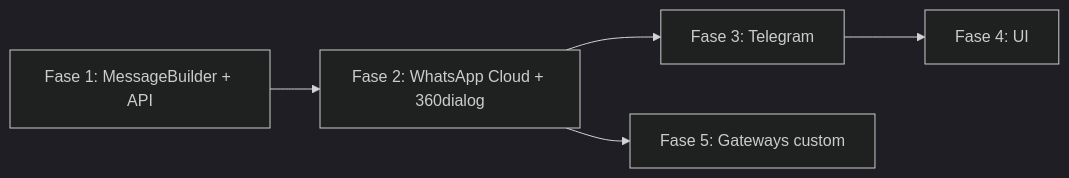
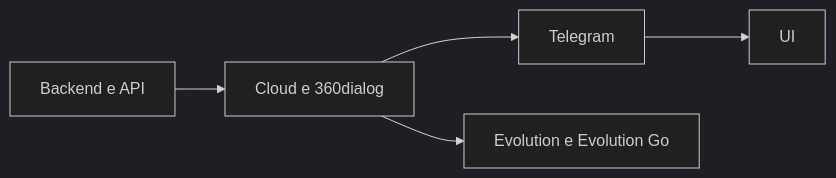
One commit to cesar-carlos/chatwoot changed the second of 2 diagrams in doc/feature/share-contact-card/implementation-decision-tree.md. Above: the diagram before and after it, drawn with Mermaid (dark theme). The commit also changed other lines of this file and 9 other files, not shown here.

First line of the commit message:
fix(fork): send shared contacts as native WhatsApp cards

````diff
--- a/doc/feature/share-contact-card/implementation-decision-tree.md
+++ b/doc/feature/share-contact-card/implementation-decision-tree.md
@@ -121,11 +80,11 @@
 ```mermaid
 flowchart LR
-  P1[Fase 1: MessageBuilder + API]
-  P2[Fase 2: WhatsApp Cloud + 360dialog]
-  P3[Fase 3: Telegram]
-  P4[Fase 4: UI]
-  P5[Fase 5: Gateways custom]
+  P1[Backend e API]
+  P2[Cloud e 360dialog]
+  P3[Telegram]
+  P4[UI]
+  P5[Evolution e Evolution Go]
 
   P1 --> P2 --> P3 --> P4
   P2 --> P5
 ```
````
